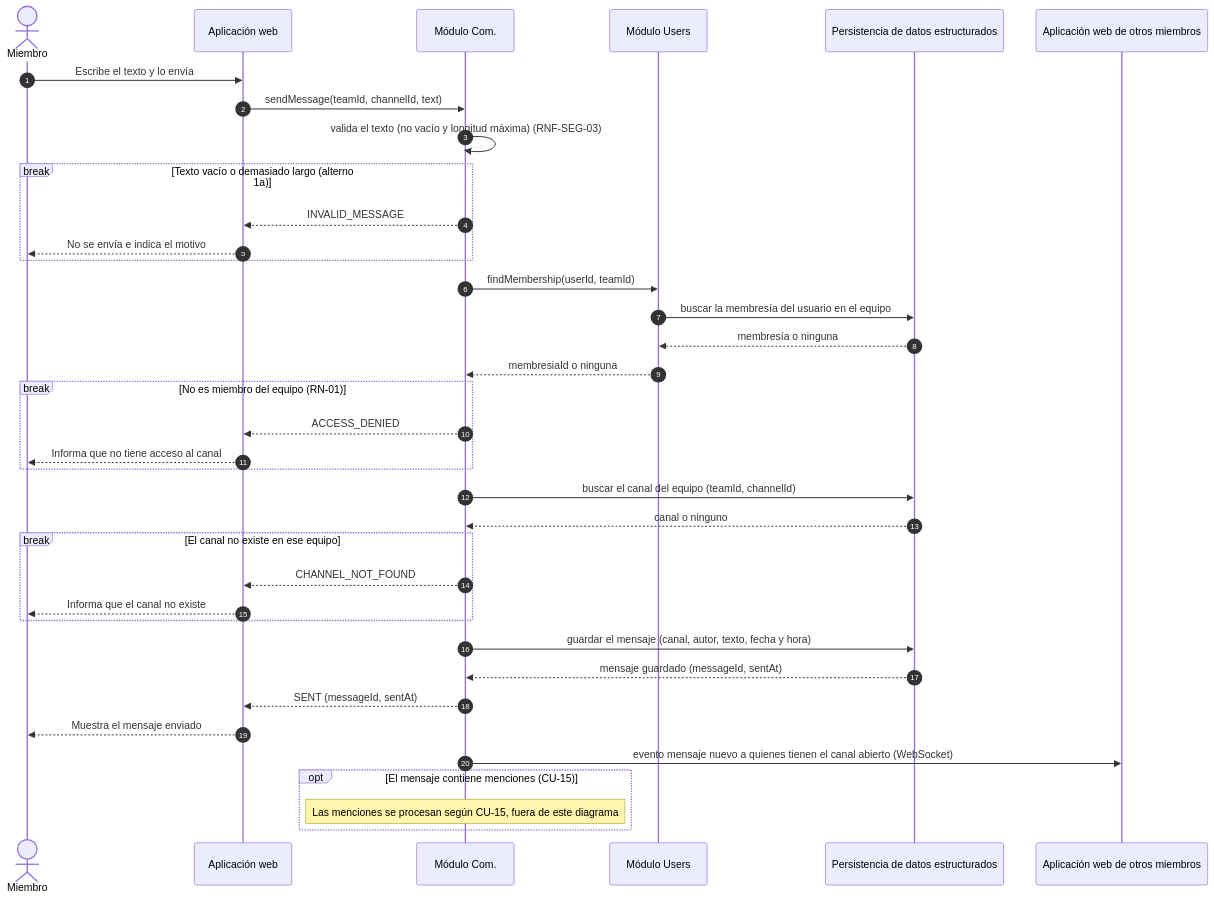
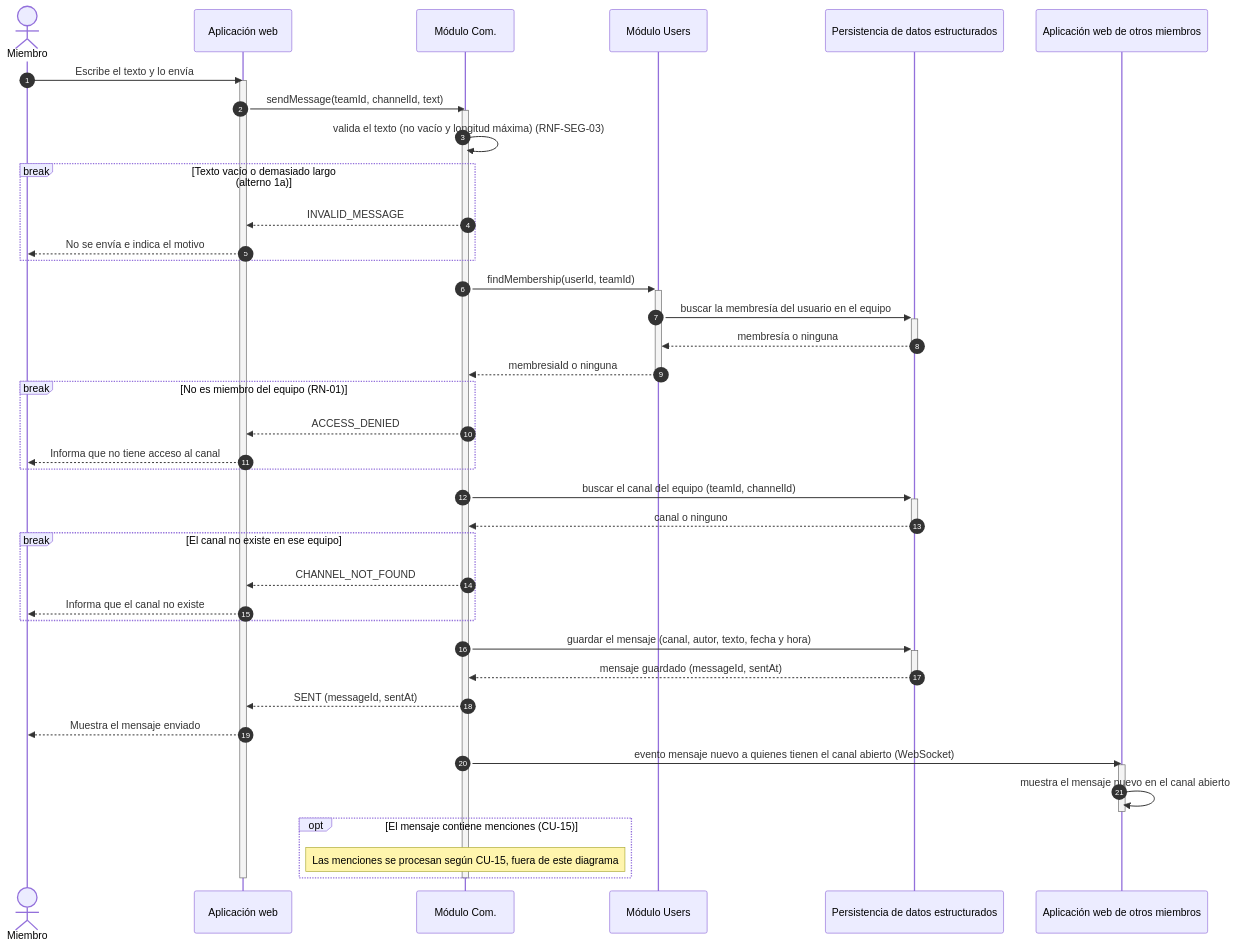
Before and after one commit to Da-lp1012/proyectodeingesoft1: the second of 3 diagrams in docs/design/02_Interaction_and_Data_Design.md, drawn with Mermaid. The commit also changed other lines of this file and 5 other files, not shown here.

````diff
--- a/docs/design/02_Interaction_and_Data_Design.md
+++ b/docs/design/02_Interaction_and_Data_Design.md
@@ -99,40 +113,47 @@
 ```mermaid
 sequenceDiagram
     autonumber
     actor M as Miembro
     participant WEB as Aplicación web
     participant COM as Módulo Com.
     participant USR as Módulo Users
     participant DB as Persistencia de datos estructurados
     participant OTH as Aplicación web de otros miembros
 
     M->>WEB: Escribe el texto y lo envía
+    activate WEB
     WEB->>COM: sendMessage(teamId, channelId, text)
+    activate COM
     COM->>COM: valida el texto (no vacío y longitud máxima) (RNF-SEG-03)
     break Texto vacío o demasiado largo (alterno 1a)
         COM-->>WEB: INVALID_MESSAGE
         WEB-->>M: No se envía e indica el motivo
     end
-    COM->>USR: findMembership(userId, teamId)
-    USR->>DB: buscar la membresía del usuario en el equipo
-    DB-->>USR: membresía o ninguna
-    USR-->>COM: membresiaId o ninguna
+    COM->>+USR: findMembership(userId, teamId)
+    USR->>+DB: buscar la membresía del usuario en el equipo
+    DB-->>-USR: membresía o ninguna
+    USR-->>-COM: membresiaId o ninguna
     break No es miembro del equipo (RN-01)
         COM-->>WEB: ACCESS_DENIED
         WEB-->>M: Informa que no tiene acceso al canal
     end
-    COM->>DB: buscar el canal del equipo (teamId, channelId)
-    DB-->>COM: canal o ninguno
+    COM->>+DB: buscar el canal del equipo (teamId, channelId)
+    DB-->>-COM: canal o ninguno
     break El canal no existe en ese equipo
         COM-->>WEB: CHANNEL_NOT_FOUND
         WEB-->>M: Informa que el canal no existe
     end
-    COM->>DB: guardar el mensaje (canal, autor, texto, fecha y hora)
-    DB-->>COM: mensaje guardado (messageId, sentAt)
+    COM->>+DB: guardar el mensaje (canal, autor, texto, fecha y hora)
+    DB-->>-COM: mensaje guardado (messageId, sentAt)
     COM-->>WEB: SENT (messageId, sentAt)
     WEB-->>M: Muestra el mensaje enviado
     COM->>OTH: evento mensaje nuevo a quienes tienen el canal abierto (WebSocket)
+    activate OTH
+    OTH->>OTH: muestra el mensaje nuevo en el canal abierto
+    deactivate OTH
     opt El mensaje contiene menciones (CU-15)
         Note over COM: Las menciones se procesan según CU-15, fuera de este diagrama
     end
+    deactivate COM
+    deactivate WEB
 ```
````
